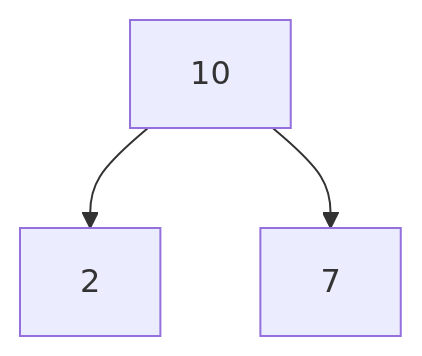
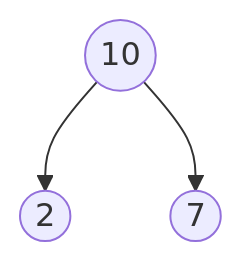
Before and after one commit to 3strategy/BeautifulMivney: the fourth of 28 diagrams in cst/6binnode/Ex6a1binnode.md, drawn with Mermaid. The commit also changed other lines of this file and 3 other files, not shown here.

````diff
--- a/cst/6binnode/Ex6a1binnode.md
+++ b/cst/6binnode/Ex6a1binnode.md
@@ -89,5 +89,5 @@
     ```mermaid
     flowchart TB
-      A[10] --> B[2]:::leaf
-      A --> C[7]:::leaf
+      A((10)) --> B((2)):::leaf
+      A --> C((7)):::leaf
     ```
````
